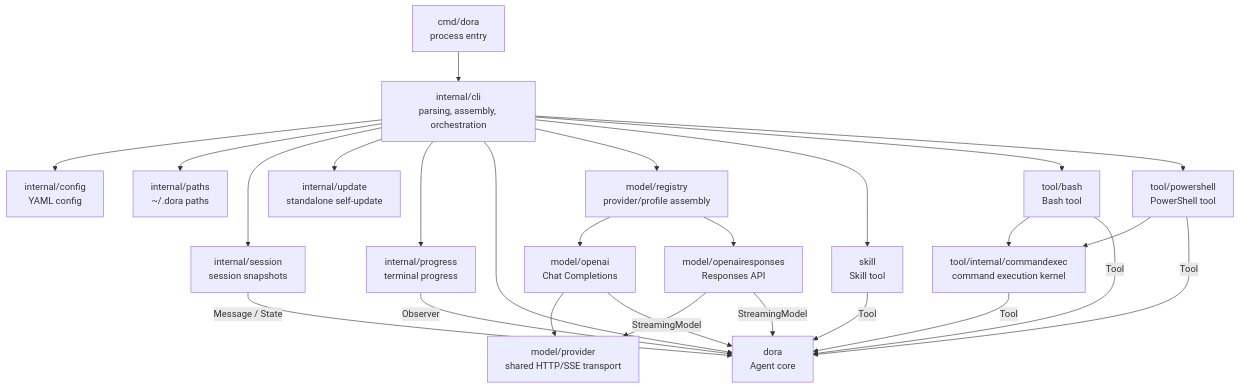
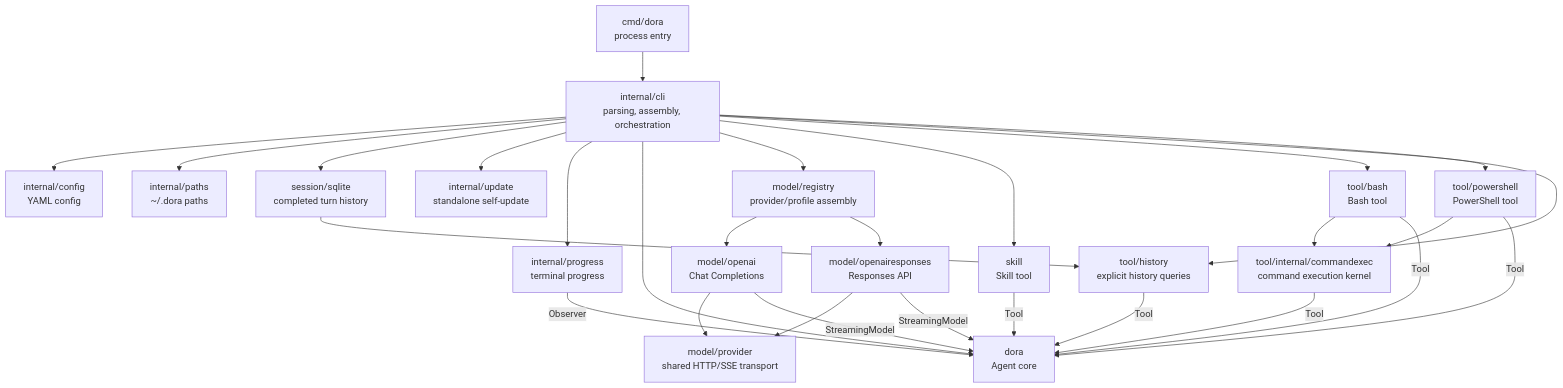
Before and after one commit to lgxz/dora: the first of 2 diagrams in docs/architecture.md, drawn with Mermaid. The commit also changed other lines of this file and 35 other files, not shown here.

Commit message:
refactor: replace sessions with sqlite turn history

````diff
--- a/docs/architecture.md
+++ b/docs/architecture.md
@@ -17,31 +17,33 @@
 ```mermaid
 flowchart TD
     Main["cmd/dora<br/>process entry"] --> CLI["internal/cli<br/>parsing, assembly, orchestration"]
 
     CLI --> Config["internal/config<br/>YAML config"]
     CLI --> Paths["internal/paths<br/>~/.dora paths"]
-    CLI --> Session["internal/session<br/>session snapshots"]
+    CLI --> Session["session/sqlite<br/>completed turn history"]
     CLI --> Update["internal/update<br/>standalone self-update"]
     CLI --> Progress["internal/progress<br/>terminal progress"]
     CLI --> Core["dora<br/>Agent core"]
     CLI --> Registry["model/registry<br/>provider/profile assembly"]
     CLI --> Skill["skill<br/>Skill tool"]
     CLI --> Bash["tool/bash<br/>Bash tool"]
     CLI --> PowerShell["tool/powershell<br/>PowerShell tool"]
+    CLI --> History["tool/history<br/>explicit history queries"]
 
     Registry --> OpenAI["model/openai<br/>Chat Completions"]
     Registry --> Responses["model/openairesponses<br/>Responses API"]
     OpenAI --> Provider["model/provider<br/>shared HTTP/SSE transport"]
     Responses --> Provider
     Bash --> CommandExec["tool/internal/commandexec<br/>command execution kernel"]
     PowerShell --> CommandExec
 
     OpenAI -->|"StreamingModel"| Core
     Responses -->|"StreamingModel"| Core
     Skill -->|"Tool"| Core
     Bash -->|"Tool"| Core
     PowerShell -->|"Tool"| Core
     CommandExec -->|"Tool"| Core
     Progress -->|"Observer"| Core
-    Session -->|"Message / State"| Core
+    Session --> History
+    History -->|"Tool"| Core
 ```
````
